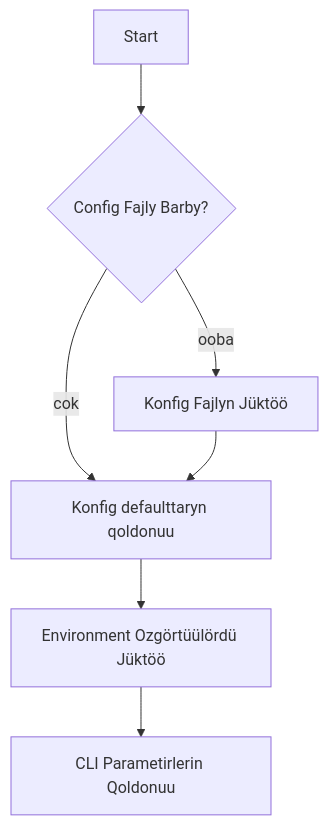
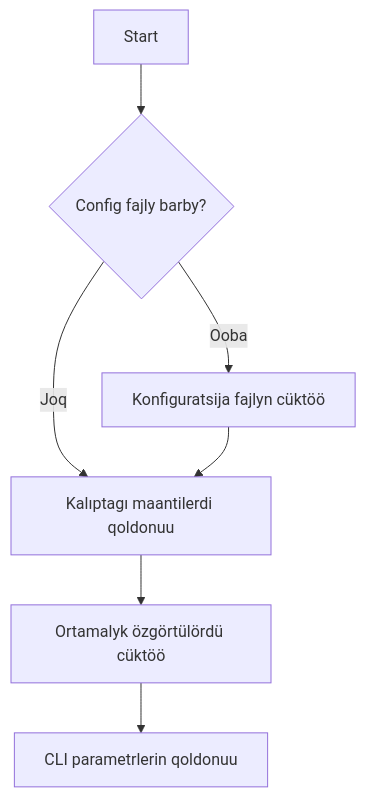
The first of 2 diagrams in docs/qy/readme.md (sultaniman/kpow), drawn with Mermaid before and after one commit. The commit also changed other lines of this file, not shown here.

````diff
--- a/docs/qy/readme.md
+++ b/docs/qy/readme.md
@@ -53,9 +52,9 @@
 ```mermaid
 flowchart TD
-    A[Start] --> B{Config Fajly Barby?}
-    B -- ooba --> C[Konfig Fajlyn Jüktöö]
-    B -- cok --> D[Konfig defaulttaryn qoldonuu]
+    A[Start] --> B{Config fajly barby?}
+    B -- Ooba --> C[Konfiguratsija fajlyn cüktöö]
+    B -- Joq --> D[Kalıptagı maantilerdi qoldonuu]
     C --> D
-    D --> E[Environment Ozgörtüülördü Jüktöö]
-    E --> F[CLI Parametirlerin Qoldonuu]
+    D --> E[Ortamalyk özgörtülördü cüktöö]
+    E --> F[CLI parametrlerin qoldonuu]
 ```
````
